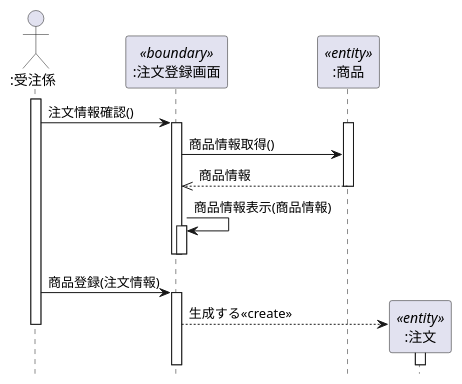
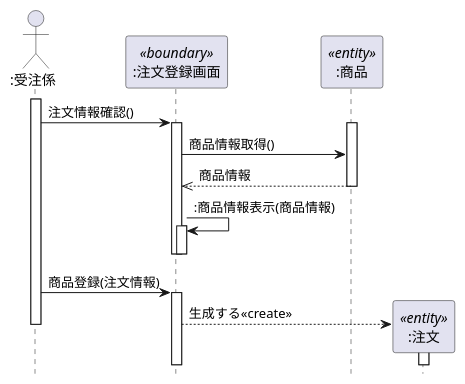
Before and after one commit to omorirenka/uml-introduction: the diagram in 演習4-4_SD_商品注文.pu, drawn with PlantUML. The commit also changed 1 other file, not shown here.

```diff
--- a/演習4-4_SD_商品注文.pu
+++ b/演習4-4_SD_商品注文.pu
@@ -1,27 +1,27 @@
 @startuml
 hide footbox
 Actor ":受注係" as orderP
 participant ":注文登録画面" as register <<boundary>>
 participant ":商品" as product <<entity>>
 participant ":注文" as order <<entity>>
 
 activate orderP
     orderP -> register:注文情報確認()
     activate register
         activate product
             register -> product:商品情報取得()
             register <<-- product:商品情報
         deactivate product
-        register -> register:商品情報表示(商品情報)
+        register -> register::商品情報表示(商品情報)
         activate register
         deactivate register
     deactivate register
     orderP -> register : 商品登録(注文情報)
     activate register
     create order
     register --> order:生成する<<create>>
     activate order
     deactivate order
 deactivate orderP
 
 @enduml
```
